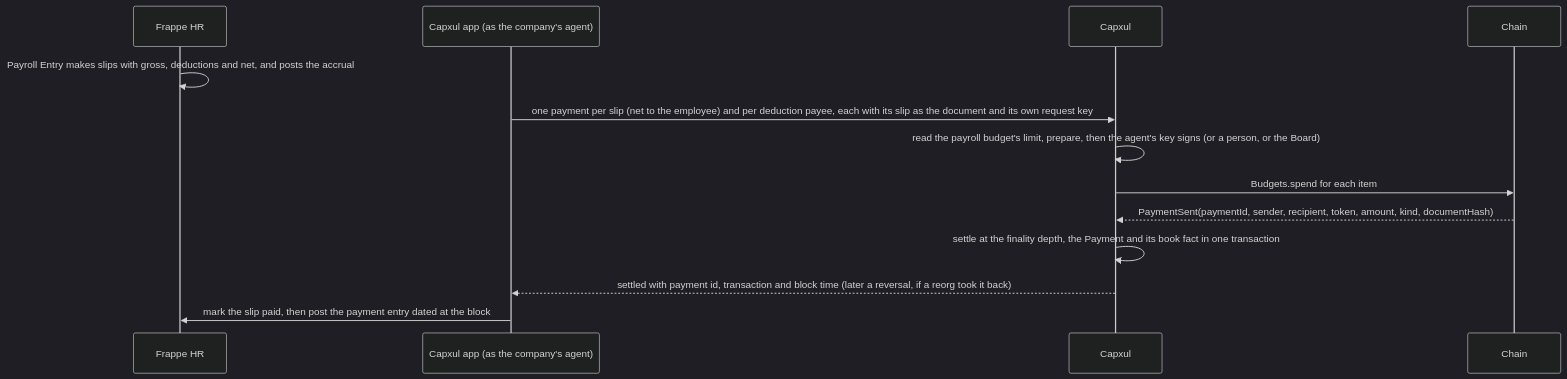
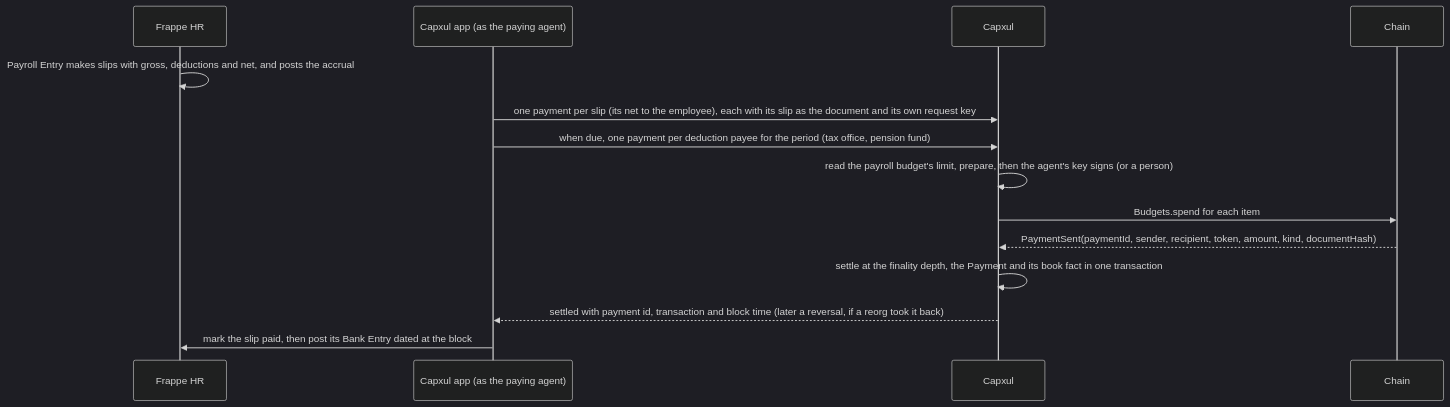
The second of 2 diagrams in docs/vision/erp.md (AaronAbuUsama/capxul-next), drawn with Mermaid (dark theme) before and after one commit. The commit also changed other lines of this file and 12 other files, not shown here.

````diff
--- a/docs/vision/erp.md
+++ b/docs/vision/erp.md
@@ -254,15 +282,16 @@
 ```mermaid
 sequenceDiagram
   participant HR as Frappe HR
-  participant APP as Capxul app (as the company's agent)
+  participant APP as Capxul app (as the paying agent)
   participant CX as Capxul
   participant CH as Chain
   HR->>HR: Payroll Entry makes slips with gross, deductions and net, and posts the accrual
-  APP->>CX: one payment per slip (net to the employee) and per deduction payee, each with its slip as the document and its own request key
-  CX->>CX: read the payroll budget's limit, prepare, then the agent's key signs (or a person, or the Board)
+  APP->>CX: one payment per slip (its net to the employee), each with its slip as the document and its own request key
+  APP->>CX: when due, one payment per deduction payee for the period (tax office, pension fund)
+  CX->>CX: read the payroll budget's limit, prepare, then the agent's key signs (or a person)
   CX->>CH: Budgets.spend for each item
   CH-->>CX: PaymentSent(paymentId, sender, recipient, token, amount, kind, documentHash)
   CX->>CX: settle at the finality depth, the Payment and its book fact in one transaction
   CX-->>APP: settled with payment id, transaction and block time (later a reversal, if a reorg took it back)
-  APP->>HR: mark the slip paid, then post the payment entry dated at the block
+  APP->>HR: mark the slip paid, then post its Bank Entry dated at the block
 ```
````
